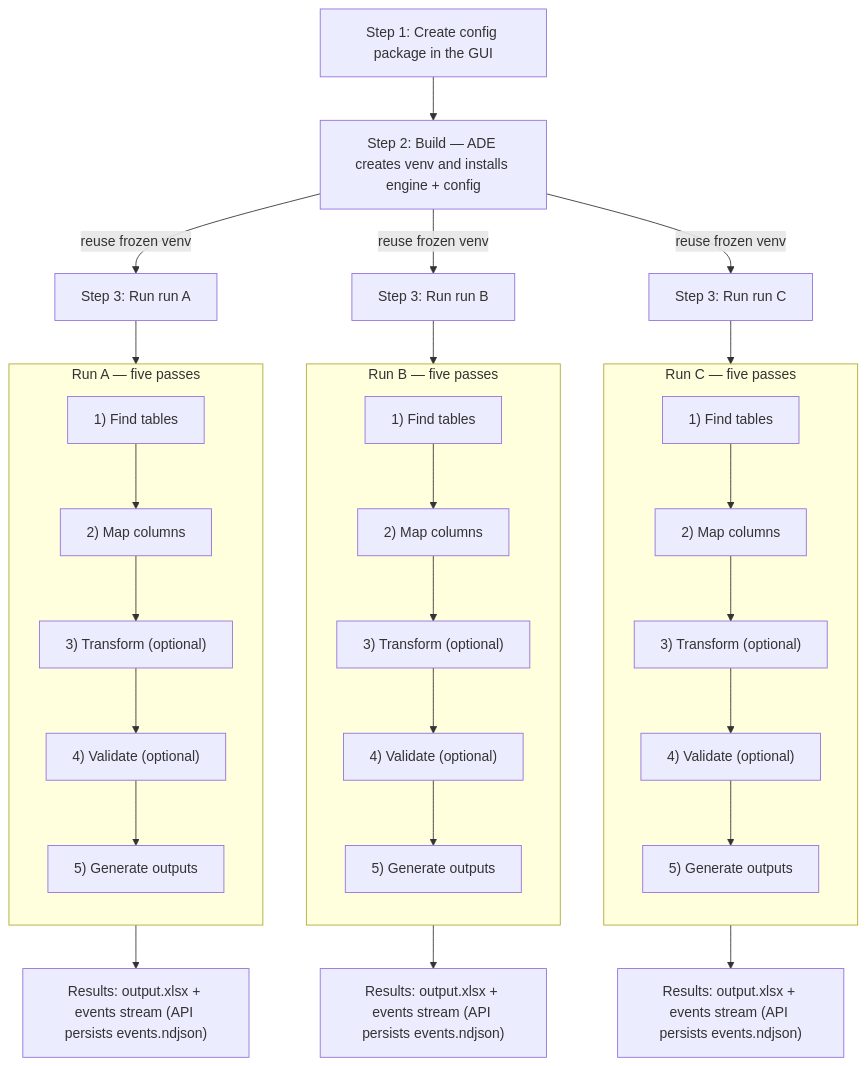
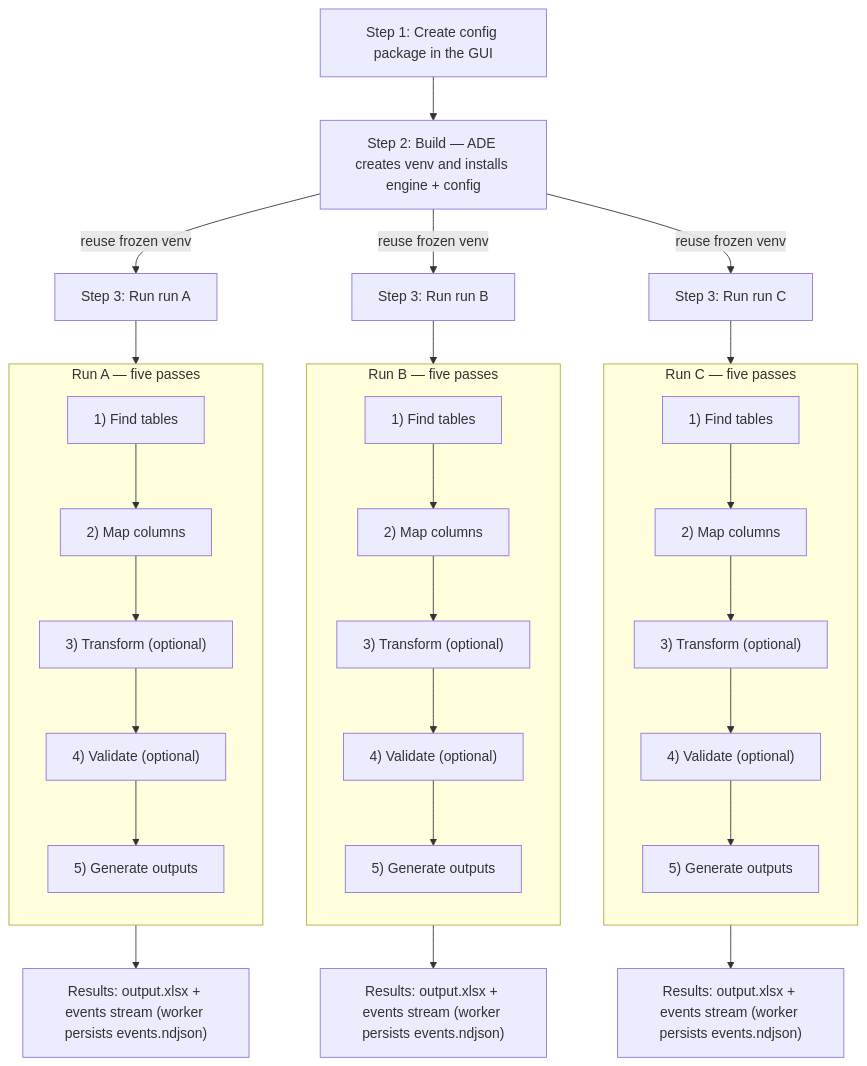
Before and after one commit to clac-ca/automatic-data-extractor: the diagram in docs/developers/README.md, drawn with Mermaid. The commit also changed other lines of this file and 126 other files, not shown here.

Commit message:
Implement worker loop for executing queued builds and runs, including subprocess management and event logging; add tests for subprocess heartbeat and timeout; configure Nginx for API routing.

````diff
--- a/docs/developers/README.md
+++ b/docs/developers/README.md
@@ -97,38 +98,38 @@
 ```mermaid
 flowchart TD
     S1["Step 1: Create config package in the GUI"] --> S2["Step 2: Build — ADE creates venv and installs engine + config"]
 
     %% Run A
     S2 -->|reuse frozen venv| J1["Step 3: Run run A"]
     subgraph Run_A["Run A — five passes"]
         direction TB
         A1["1) Find tables"]
         A2["2) Map columns"]
         A3["3) Transform (optional)"]
         A4["4) Validate (optional)"]
         A5["5) Generate outputs"]
         A1 --> A2 --> A3 --> A4 --> A5
     end
     J1 --> A1
-    A5 --> R1["Results: output.xlsx + events stream (API persists events.ndjson)"]
+    A5 --> R1["Results: output.xlsx + events stream (worker persists events.ndjson)"]
 
     %% Run B
     S2 -->|reuse frozen venv| J2["Step 3: Run run B"]
     subgraph Run_B["Run B — five passes"]
         direction TB
         B1["1) Find tables"] --> B2["2) Map columns"] --> B3["3) Transform (optional)"]
         B3 --> B4["4) Validate (optional)"] --> B5["5) Generate outputs"]
     end
     J2 --> B1
-    B5 --> R2["Results: output.xlsx + events stream (API persists events.ndjson)"]
+    B5 --> R2["Results: output.xlsx + events stream (worker persists events.ndjson)"]
 
     %% Run C
     S2 -->|reuse frozen venv| J3["Step 3: Run run C"]
     subgraph Run_C["Run C — five passes"]
         direction TB
         C1["1) Find tables"] --> C2["2) Map columns"] --> C3["3) Transform (optional)"]
         C3 --> C4["4) Validate (optional)"] --> C5["5) Generate outputs"]
     end
     J3 --> C1
-    C5 --> R3["Results: output.xlsx + events stream (API persists events.ndjson)"]
+    C5 --> R3["Results: output.xlsx + events stream (worker persists events.ndjson)"]
 ```
````
